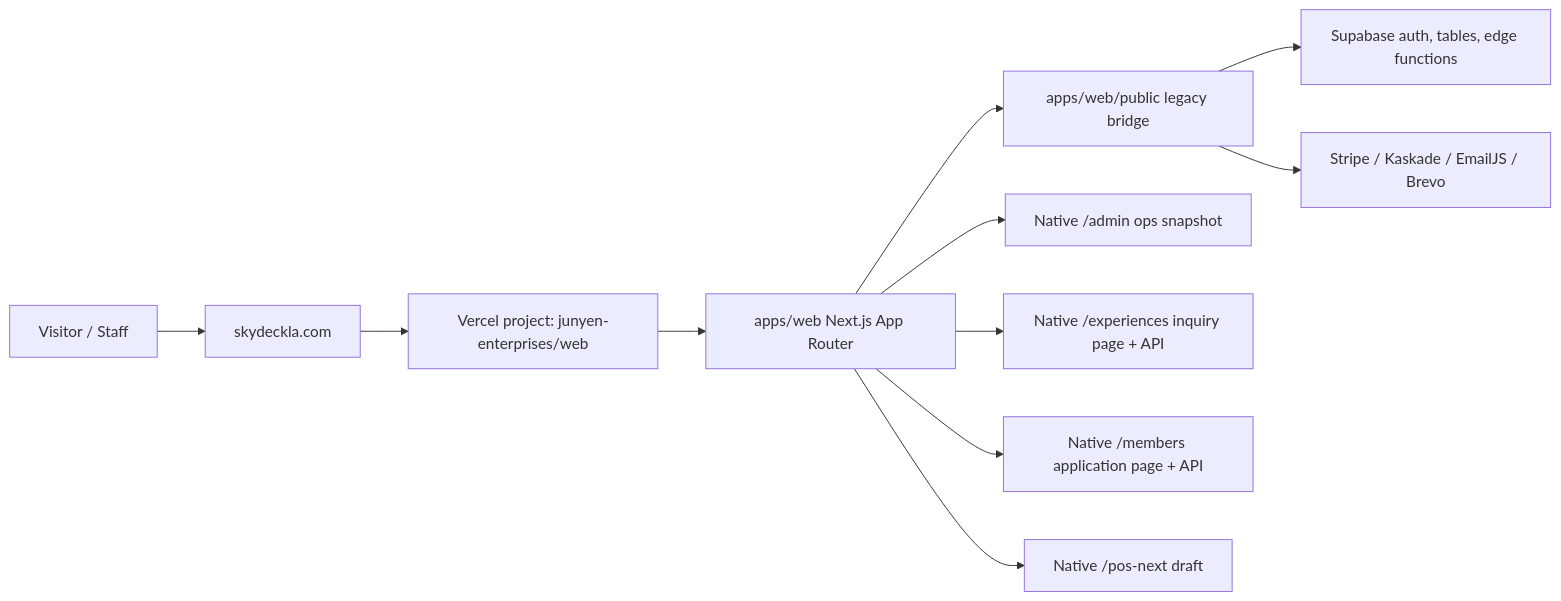
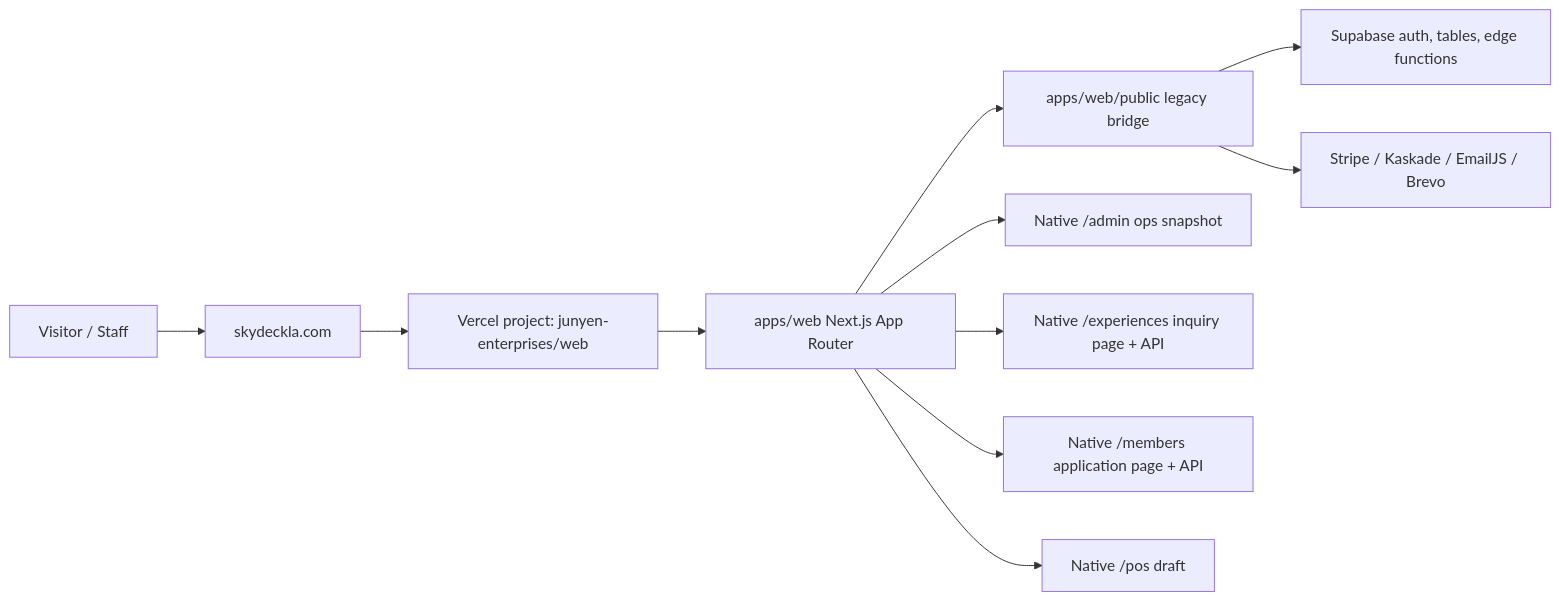
The first of 2 diagrams in docs/phase-2-roadmap.md (junyengit/skyla), drawn with Mermaid before and after one commit. The commit also changed other lines of this file and 33 other files, not shown here.

Commit message:
Cut over POS route to native shell

````diff
--- a/docs/phase-2-roadmap.md
+++ b/docs/phase-2-roadmap.md
@@ -20,25 +20,25 @@
 ```mermaid
 flowchart LR
   visitor["Visitor / Staff"]
   domain["skydeckla.com"]
   vercel["Vercel project: junyen-enterprises/web"]
   next["apps/web Next.js App Router"]
   bridge["apps/web/public legacy bridge"]
   admin["Native /admin ops snapshot"]
   experiences["Native /experiences inquiry page + API"]
   members["Native /members application page + API"]
-  posDraft["Native /pos-next draft"]
+  posDraft["Native /pos draft"]
   supabase["Supabase auth, tables, edge functions"]
   payments["Stripe / Kaskade / EmailJS / Brevo"]
 
   visitor --> domain
   domain --> vercel
   vercel --> next
   next --> bridge
   next --> admin
   next --> experiences
   next --> members
   next --> posDraft
   bridge --> supabase
   bridge --> payments
 ```
````
